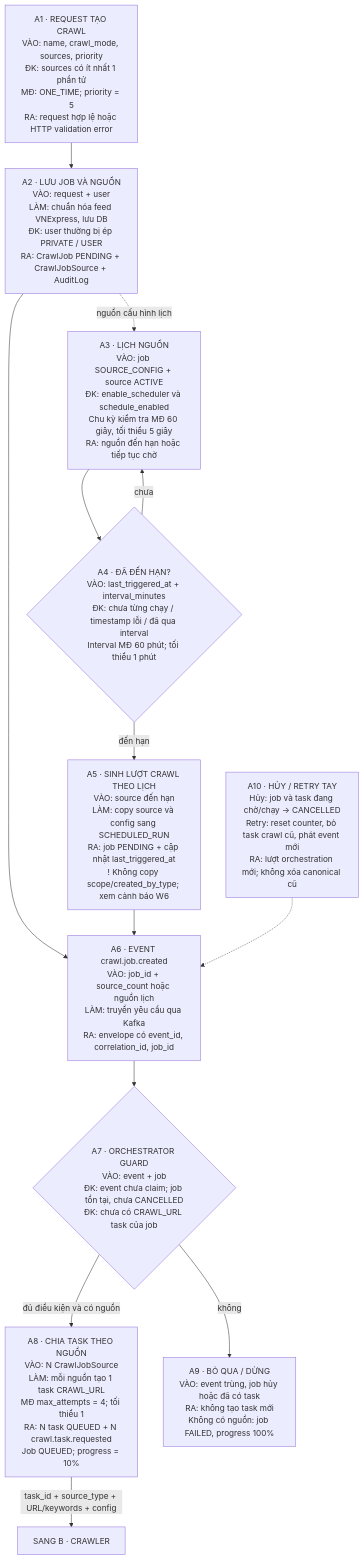
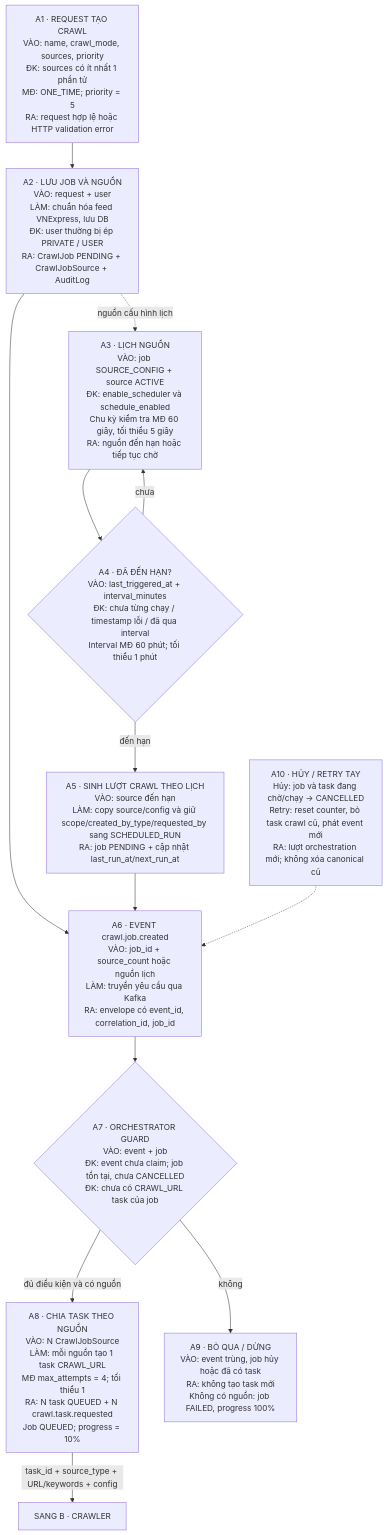
Before and after one commit to Phuocsiucap/DATN: the second of 12 diagrams in socialcontent_backend/docs/auto-end-to-end-flow.md, drawn with Mermaid. The commit also changed other lines of this file and 115 other files, not shown here.

````diff
--- a/socialcontent_backend/docs/auto-end-to-end-flow.md
+++ b/socialcontent_backend/docs/auto-end-to-end-flow.md
@@ -60,21 +60,21 @@
 ```mermaid
 flowchart TD
     A1["A1 · REQUEST TẠO CRAWL<br/>VÀO: name, crawl_mode, sources, priority<br/>ĐK: sources có ít nhất 1 phần tử<br/>MĐ: ONE_TIME; priority = 5<br/>RA: request hợp lệ hoặc HTTP validation error"]
     A2["A2 · LƯU JOB VÀ NGUỒN<br/>VÀO: request + user<br/>LÀM: chuẩn hóa feed VNExpress, lưu DB<br/>ĐK: user thường bị ép PRIVATE / USER<br/>RA: CrawlJob PENDING + CrawlJobSource + AuditLog"]
     A3["A3 · LỊCH NGUỒN<br/>VÀO: job SOURCE_CONFIG + source ACTIVE<br/>ĐK: enable_scheduler và schedule_enabled<br/>Chu kỳ kiểm tra MĐ 60 giây, tối thiểu 5 giây<br/>RA: nguồn đến hạn hoặc tiếp tục chờ"]
     A4{"A4 · ĐÃ ĐẾN HẠN?<br/>VÀO: last_triggered_at + interval_minutes<br/>ĐK: chưa từng chạy / timestamp lỗi / đã qua interval<br/>Interval MĐ 60 phút; tối thiểu 1 phút"}
-    A5["A5 · SINH LƯỢT CRAWL THEO LỊCH<br/>VÀO: source đến hạn<br/>LÀM: copy source và config sang SCHEDULED_RUN<br/>RA: job PENDING + cập nhật last_triggered_at<br/>! Không copy scope/created_by_type; xem cảnh báo W6"]
+    A5["A5 · SINH LƯỢT CRAWL THEO LỊCH<br/>VÀO: source đến hạn<br/>LÀM: copy source/config và giữ scope/created_by_type/requested_by sang SCHEDULED_RUN<br/>RA: job PENDING + cập nhật last_run_at/next_run_at"]
     A6["A6 · EVENT crawl.job.created<br/>VÀO: job_id + source_count hoặc nguồn lịch<br/>LÀM: truyền yêu cầu qua Kafka<br/>RA: envelope có event_id, correlation_id, job_id"]
     A7{"A7 · ORCHESTRATOR GUARD<br/>VÀO: event + job<br/>ĐK: event chưa claim; job tồn tại, chưa CANCELLED<br/>ĐK: chưa có CRAWL_URL task của job"}
     A8["A8 · CHIA TASK THEO NGUỒN<br/>VÀO: N CrawlJobSource<br/>LÀM: mỗi nguồn tạo 1 task CRAWL_URL<br/>MĐ max_attempts = 4; tối thiểu 1<br/>RA: N task QUEUED + N crawl.task.requested<br/>Job QUEUED; progress = 10%"]
     A9["A9 · BỎ QUA / DỪNG<br/>VÀO: event trùng, job hủy hoặc đã có task<br/>RA: không tạo task mới<br/>Không có nguồn: job FAILED, progress 100%"]
     A10["A10 · HỦY / RETRY TAY<br/>Hủy: job và task đang chờ/chạy → CANCELLED<br/>Retry: reset counter, bỏ task crawl cũ, phát event mới<br/>RA: lượt orchestration mới; không xóa canonical cũ"]
     A1 --> A2 --> A6 --> A7
     A2 -.->|nguồn cấu hình lịch| A3 --> A4
     A4 -->|đến hạn| A5 --> A6
     A4 -->|chưa| A3
     A7 -->|đủ điều kiện và có nguồn| A8
     A7 -->|không| A9
     A8 -->|task_id + source_type + URL/keywords + config| B0["SANG B · CRAWLER"]
     A10 -.-> A6
 ```
````
